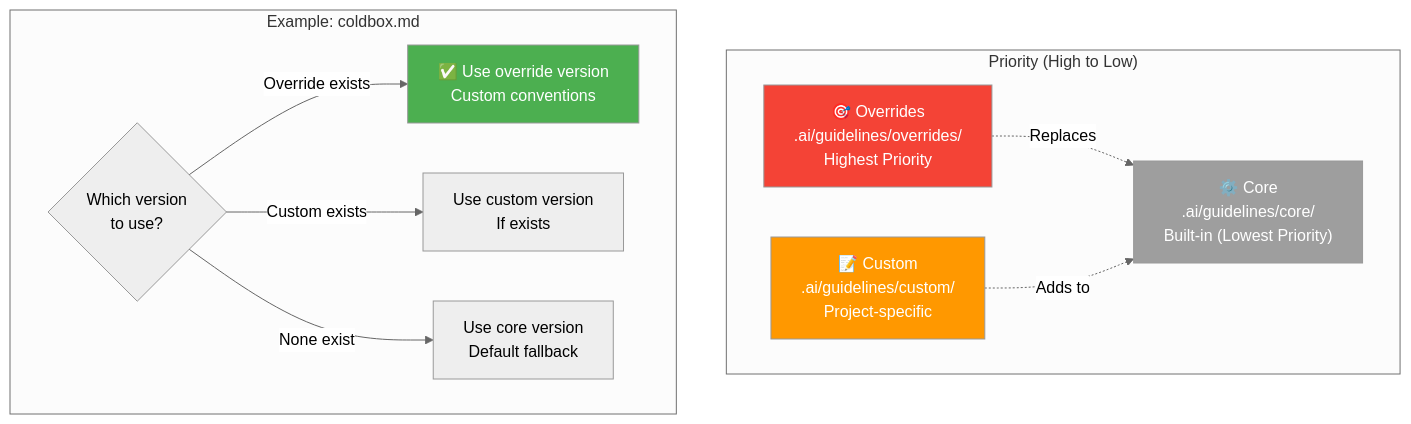
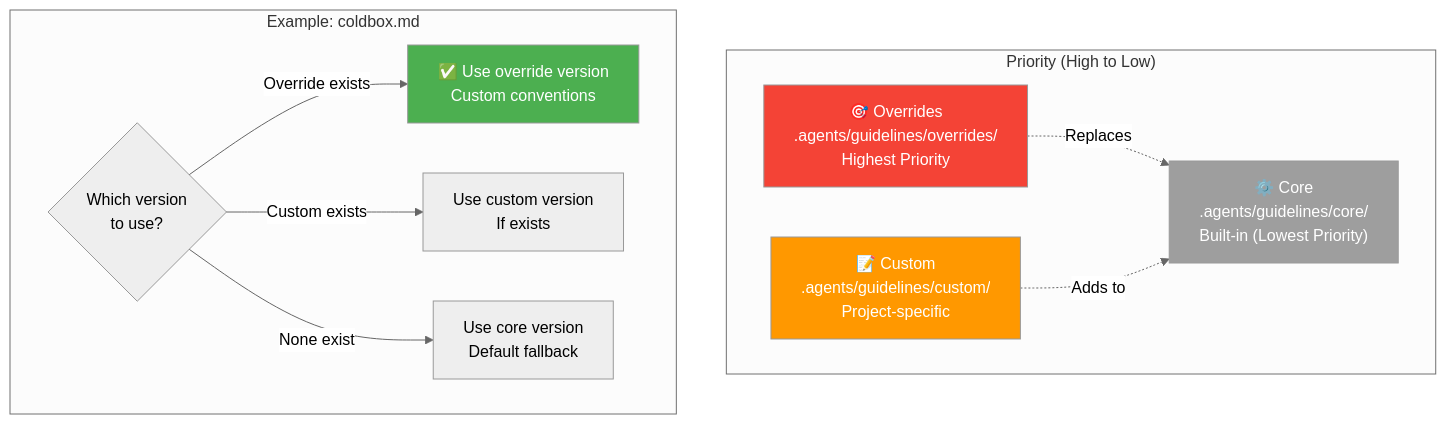
The sixth of 8 diagrams in AI_INTEGRATION.md (ColdBox/coldbox-cli), drawn with Mermaid (neutral theme) before and after one commit. The commit also changed other lines of this file and 15 other files, not shown here.

````diff
--- a/AI_INTEGRATION.md
+++ b/AI_INTEGRATION.md
@@ -459,27 +459,27 @@
 ```mermaid
 graph TD
     subgraph "Priority (High to Low)"
-        Override["🎯 Overrides<br/>.ai/guidelines/overrides/<br/>Highest Priority"]
-        Custom["📝 Custom<br/>.ai/guidelines/custom/<br/>Project-specific"]
-        Core["⚙️ Core<br/>.ai/guidelines/core/<br/>Built-in (Lowest Priority)"]
+        Override["🎯 Overrides<br/>.agents/guidelines/overrides/<br/>Highest Priority"]
+        Custom["📝 Custom<br/>.agents/guidelines/custom/<br/>Project-specific"]
+        Core["⚙️ Core<br/>.agents/guidelines/core/<br/>Built-in (Lowest Priority)"]
     end
 
     Override -."Replaces".-> Core
     Custom -."Adds to".-> Core
 
     subgraph "Example: coldbox.md"
         Check{"Which version<br/>to use?"}
         UseOverride["✅ Use override version<br/>Custom conventions"]
         UseCustom["Use custom version<br/>If exists"]
         UseCore["Use core version<br/>Default fallback"]
     end
 
     Check -->|"Override exists"| UseOverride
     Check -->|"Custom exists"| UseCustom
     Check -->|"None exist"| UseCore
 
     style Override fill:#f44336,color:#fff
     style Custom fill:#ff9800,color:#fff
     style Core fill:#9e9e9e,color:#fff
     style UseOverride fill:#4caf50,color:#fff
 ```
````
